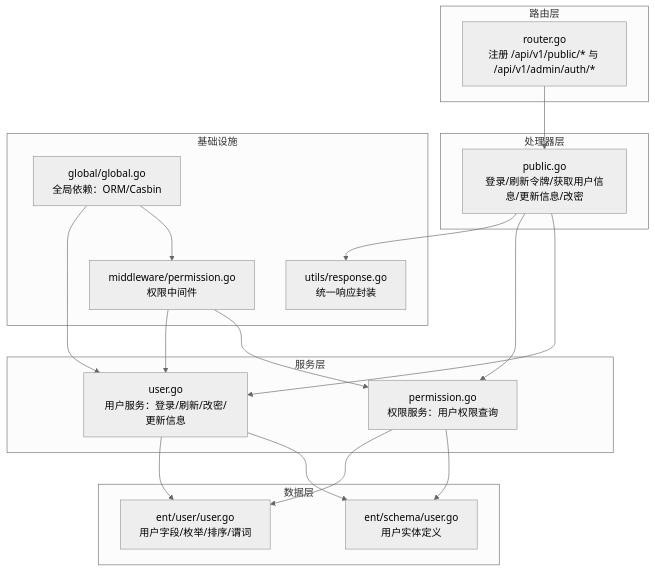
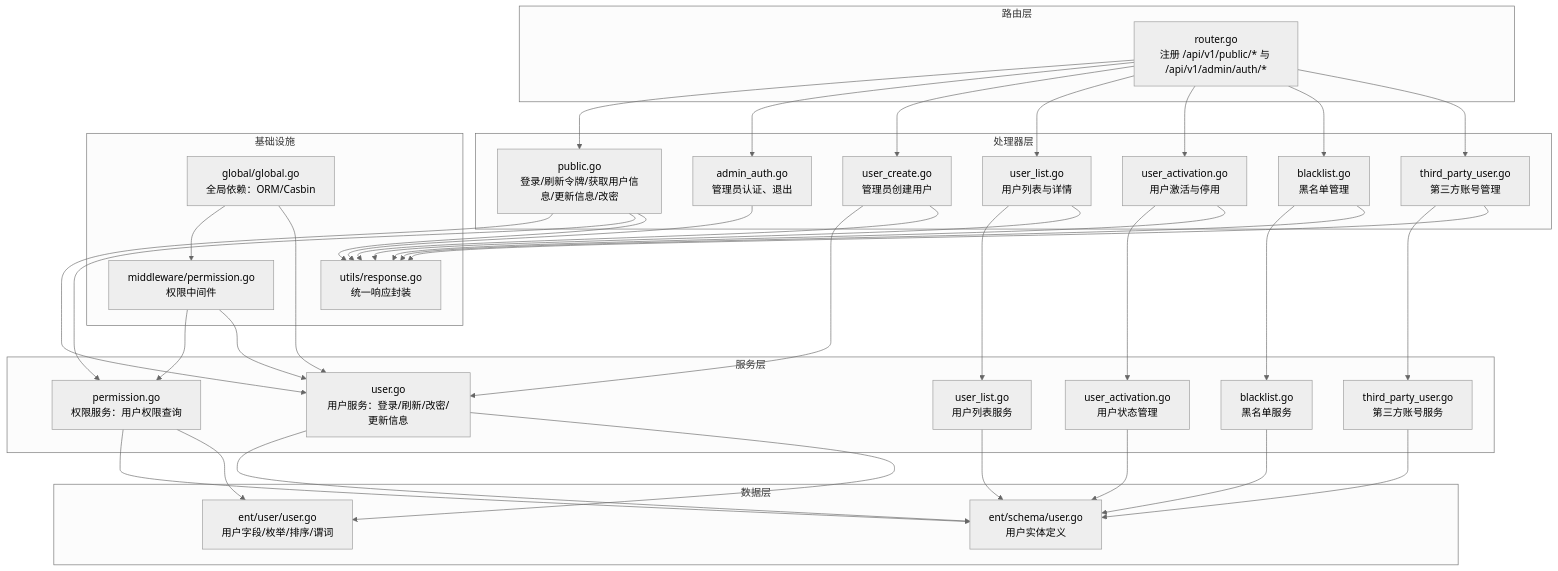
One commit to wuwuseo/e-sports-go-admin changed the first of 6 diagrams in .qoder/repowiki/zh/content/API 接口文档/用户管理接口.md. Above: the diagram before and after it, drawn with Mermaid (neutral theme). The commit also changed other lines of this file and 42 other files, not shown here.

````diff
--- a/.qoder/repowiki/zh/content/API 接口文档/用户管理接口.md
+++ b/.qoder/repowiki/zh/content/API 接口文档/用户管理接口.md
@@ -42,34 +48,65 @@
 ```mermaid
 graph TB
 subgraph "路由层"
 R["router.go<br/>注册 /api/v1/public/* 与 /api/v1/admin/auth/*"]
 end
 subgraph "处理器层"
-H["public.go<br/>登录/刷新令牌/获取用户信息/更新信息/改密"]
+HP["public.go<br/>登录/刷新令牌/获取用户信息/更新信息/改密"]
+HA["admin_auth.go<br/>管理员认证、退出"]
+HUC["user_create.go<br/>管理员创建用户"]
+HUL["user_list.go<br/>用户列表与详情"]
+HUA["user_activation.go<br/>用户激活与停用"]
+HB["blacklist.go<br/>黑名单管理"]
+HTP["third_party_user.go<br/>第三方账号管理"]
 end
 subgraph "服务层"
 S["user.go<br/>用户服务：登录/刷新/改密/更新信息"]
 PS["permission.go<br/>权限服务：用户权限查询"]
+ULS["user_list.go<br/>用户列表服务"]
+UAS["user_activation.go<br/>用户状态管理"]
+BLS["blacklist.go<br/>黑名单服务"]
+TPS["third_party_user.go<br/>第三方账号服务"]
 end
 subgraph "数据层"
 E["ent/schema/user.go<br/>用户实体定义"]
 EU["ent/user/user.go<br/>用户字段/枚举/排序/谓词"]
 end
 subgraph "基础设施"
 M["middleware/permission.go<br/>权限中间件"]
 G["global/global.go<br/>全局依赖：ORM/Casbin"]
 U["utils/response.go<br/>统一响应封装"]
 end
-R --> H
-H --> S
-H --> PS
+R --> HP
+R --> HA
+R --> HUC
+R --> HUL
+R --> HUA
+R --> HB
+R --> HTP
+HP --> S
+HUC --> S
+HUL --> ULS
+HUA --> UAS
+HB --> BLS
+HTP --> TPS
+HP --> PS
 S --> E
 S --> EU
 PS --> E
 PS --> EU
+ULS --> E
+UAS --> E
+BLS --> E
+TPS --> E
 M --> PS
 M --> S
 G --> M
 G --> S
-H --> U
+HP --> U
+HA --> U
+HUC --> U
+HUL --> U
+HUA --> U
+HB --> U
+HTP --> U
 ```
````
